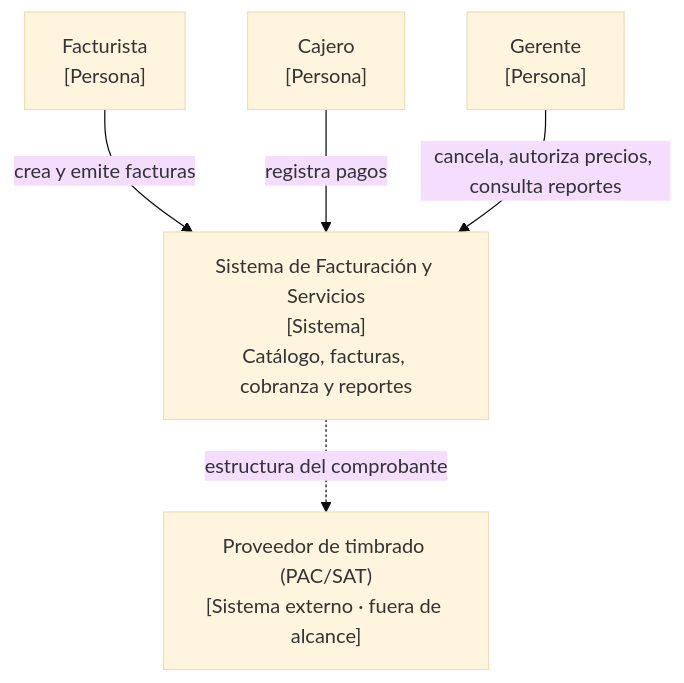
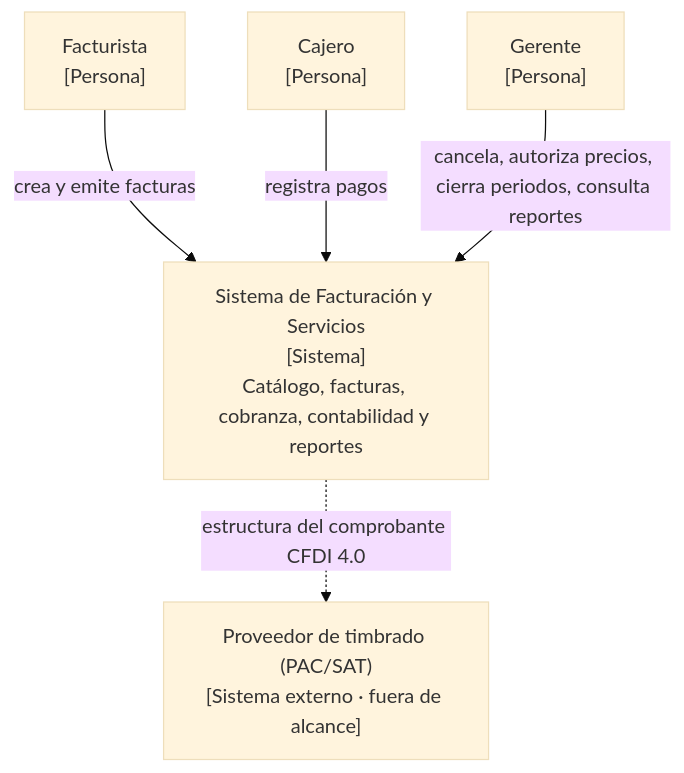
One commit to DanielRosalesAlanis/SistemaDeFacturacion changed the third of 7 diagrams in docs/REPORTE_AVANCE.md. Above: the diagram before and after it, drawn with Mermaid (base theme). The commit also changed other lines of this file, not shown here.

````diff
--- a/docs/REPORTE_AVANCE.md
+++ b/docs/REPORTE_AVANCE.md
@@ -143,12 +146,12 @@
 ```mermaid
 flowchart TB
     fact["Facturista<br/>[Persona]"]
     caj["Cajero<br/>[Persona]"]
     ger["Gerente<br/>[Persona]"]
-    sys["Sistema de Facturación y Servicios<br/>[Sistema]<br/>Catálogo, facturas, cobranza y reportes"]
+    sys["Sistema de Facturación y Servicios<br/>[Sistema]<br/>Catálogo, facturas, cobranza, contabilidad y reportes"]
     sat["Proveedor de timbrado (PAC/SAT)<br/>[Sistema externo · fuera de alcance]"]
     fact -->|crea y emite facturas| sys
     caj -->|registra pagos| sys
-    ger -->|cancela, autoriza precios, consulta reportes| sys
-    sys -.->|estructura del comprobante| sat
+    ger -->|cancela, autoriza precios, cierra periodos, consulta reportes| sys
+    sys -.->|estructura del comprobante CFDI 4.0| sat
 ```
````
